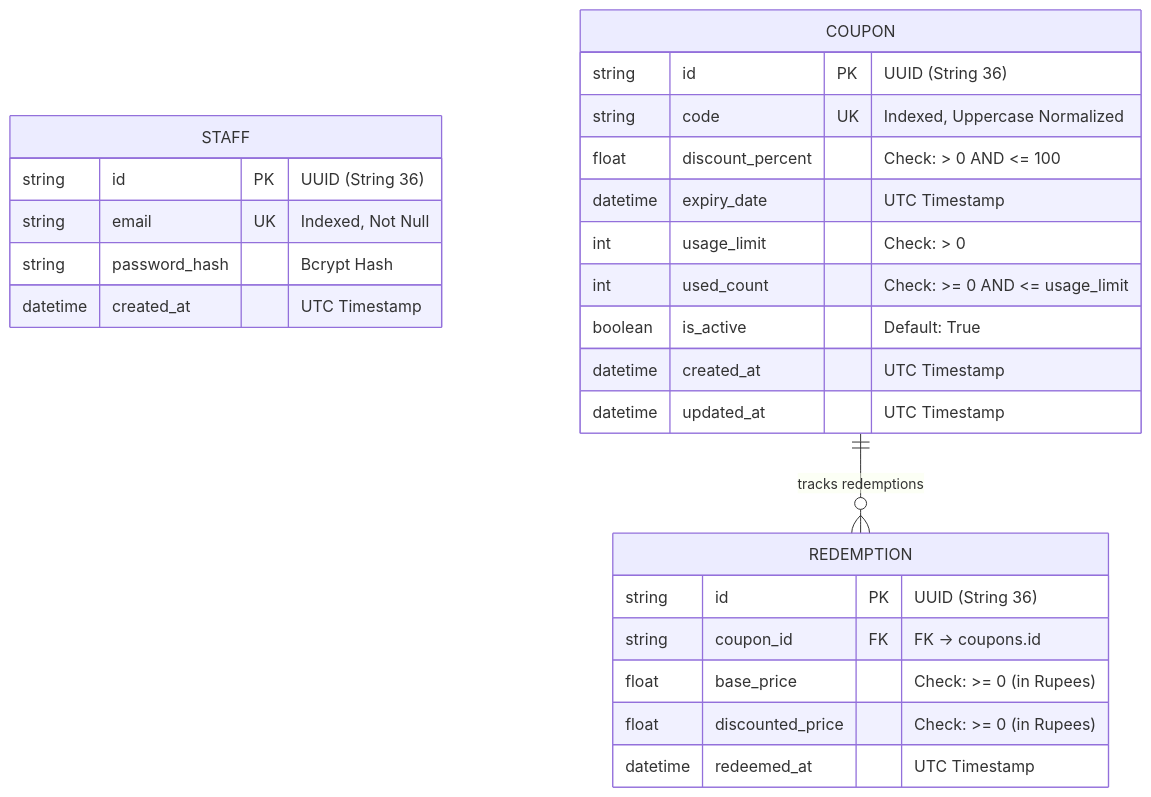
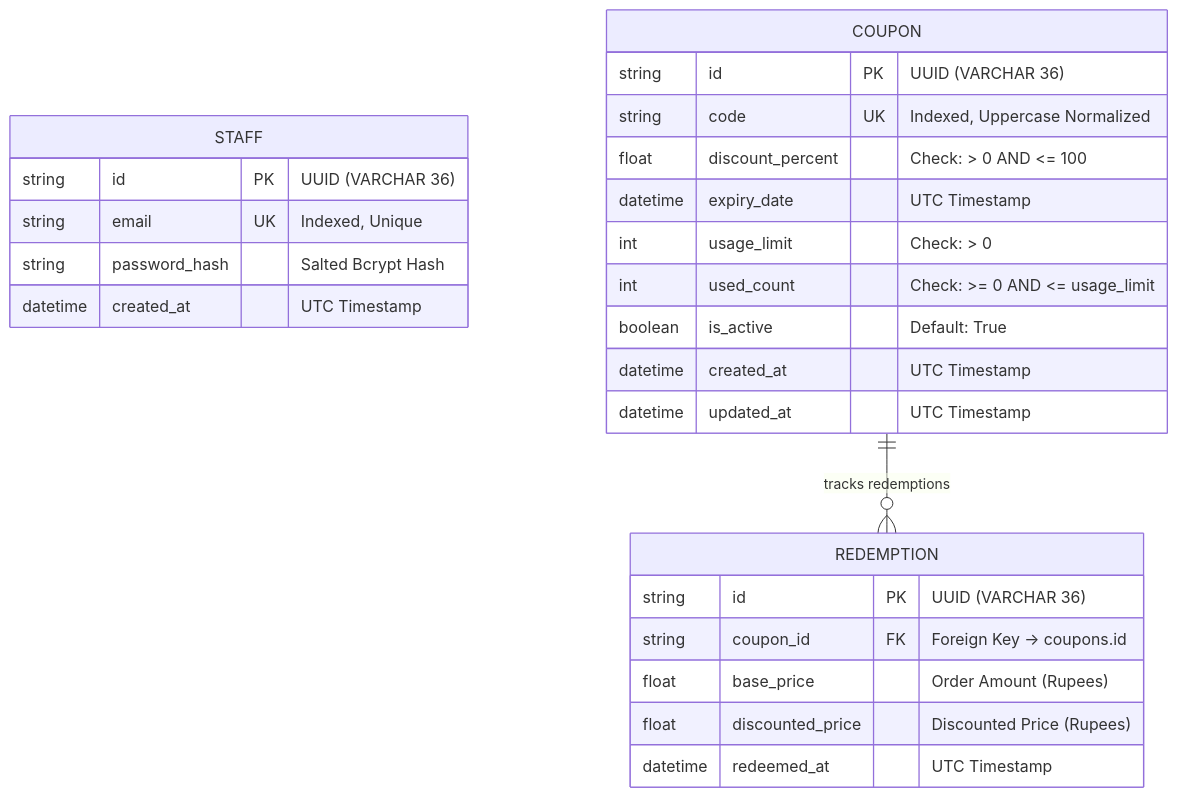
One commit to dharaniathananchayan/coupon-engine changed the diagram in README.md. Above: the diagram before and after it, drawn with Mermaid. The commit also changed other lines of this file and 2 other files, not shown here.

````diff
--- a/README.md
+++ b/README.md
@@ -32,31 +55,31 @@
 ```mermaid
 erDiagram
     STAFF {
-        string id PK "UUID (String 36)"
-        string email UK "Indexed, Not Null"
-        string password_hash "Bcrypt Hash"
+        string id PK "UUID (VARCHAR 36)"
+        string email UK "Indexed, Unique"
+        string password_hash "Salted Bcrypt Hash"
         datetime created_at "UTC Timestamp"
     }
 
     COUPON {
-        string id PK "UUID (String 36)"
+        string id PK "UUID (VARCHAR 36)"
         string code UK "Indexed, Uppercase Normalized"
         float discount_percent "Check: > 0 AND <= 100"
         datetime expiry_date "UTC Timestamp"
         int usage_limit "Check: > 0"
         int used_count "Check: >= 0 AND <= usage_limit"
         boolean is_active "Default: True"
         datetime created_at "UTC Timestamp"
         datetime updated_at "UTC Timestamp"
     }
 
     REDEMPTION {
-        string id PK "UUID (String 36)"
-        string coupon_id FK "FK -> coupons.id"
-        float base_price "Check: >= 0 (in Rupees)"
-        float discounted_price "Check: >= 0 (in Rupees)"
+        string id PK "UUID (VARCHAR 36)"
+        string coupon_id FK "Foreign Key -> coupons.id"
+        float base_price "Order Amount (Rupees)"
+        float discounted_price "Discounted Price (Rupees)"
         datetime redeemed_at "UTC Timestamp"
     }
 
     COUPON ||--o{ REDEMPTION : "tracks redemptions"
 ```
````
